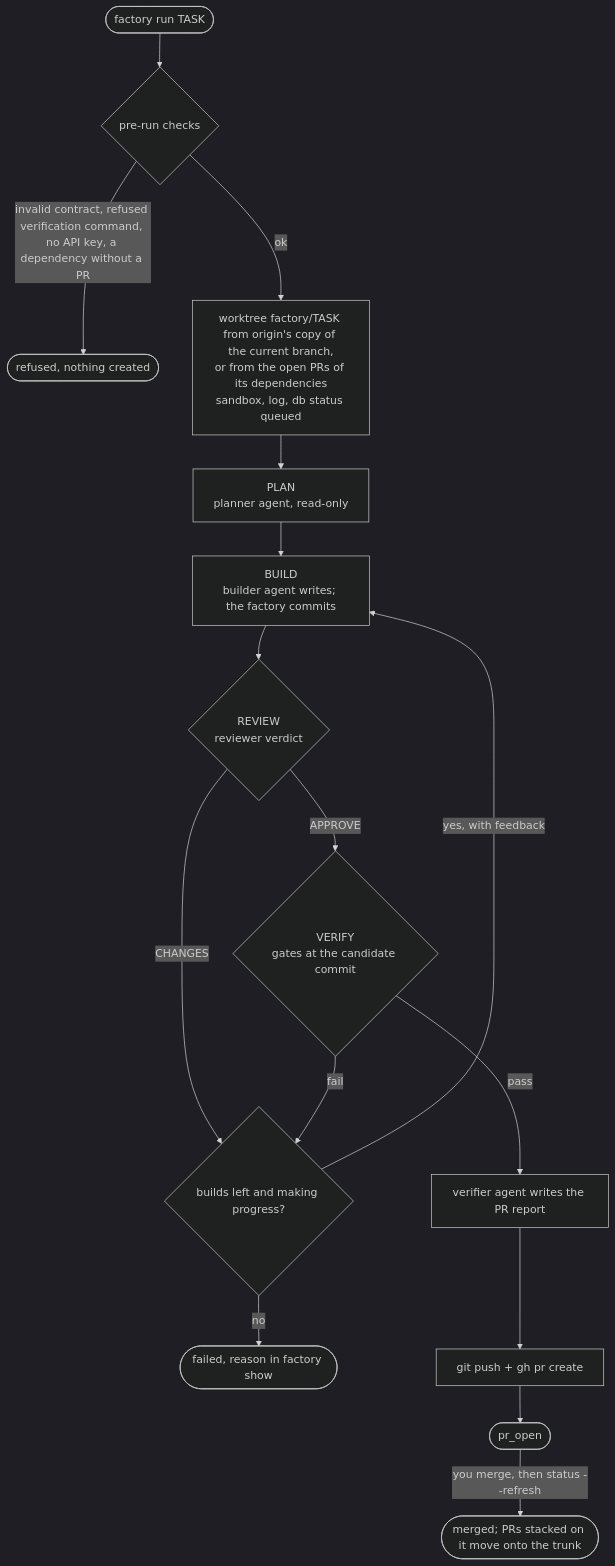
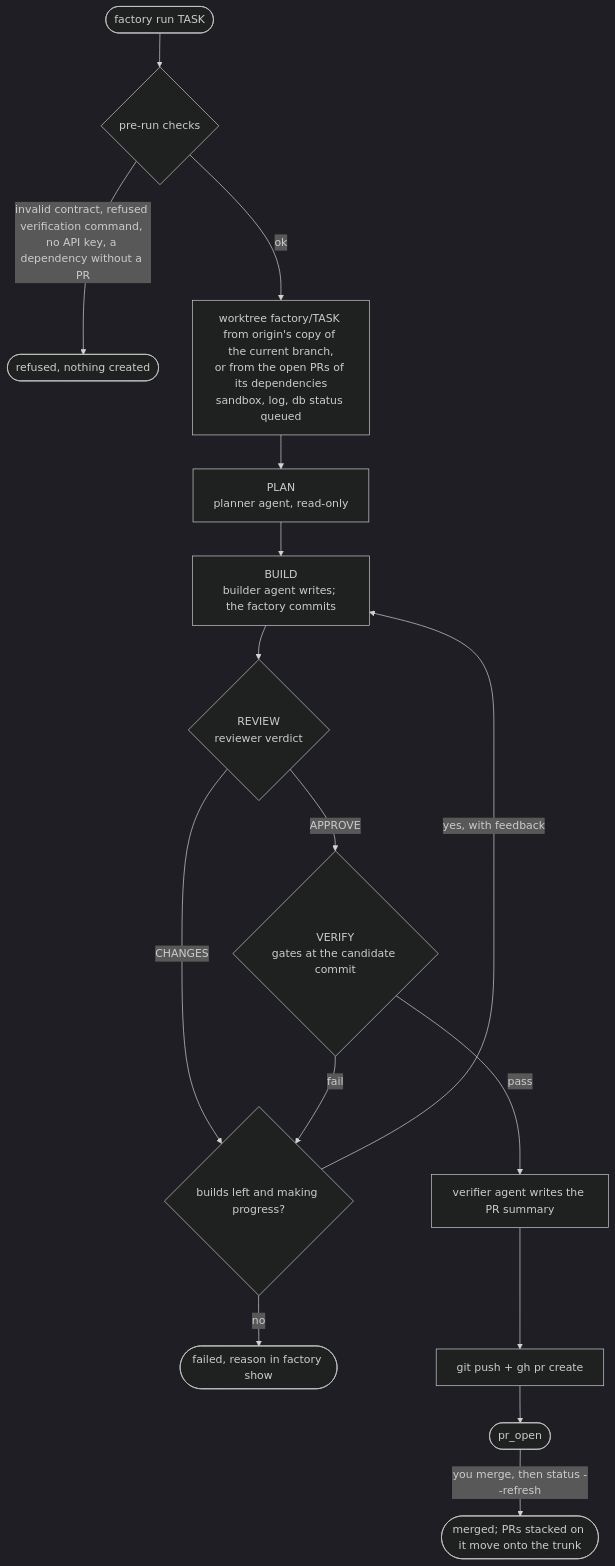
The second of 8 diagrams in docs/architecture.md (PaddyMc/software-factory), drawn with Mermaid (dark theme) before and after one commit. The commit also changed other lines of this file and 5 other files, not shown here.

Commit message:
factory(pr-descriptions-t05): docs/architecture.md, docs/reference.md, NEXT.md and the shi (attempt 1)

````diff
--- a/docs/architecture.md
+++ b/docs/architecture.md
@@ -96,18 +96,18 @@
 ```mermaid
 flowchart TD
   start(["factory run TASK"]) --> pre{"pre-run checks"}
   pre -->|"invalid contract, refused verification command, no API key, a dependency without a PR"| refused(["refused, nothing created"])
   pre -->|"ok"| setup["worktree factory/TASK from origin's copy of the current branch,<br/>or from the open PRs of its dependencies<br/>sandbox, log, db status queued"]
   setup --> plan["PLAN<br/>planner agent, read-only"]
   plan --> build["BUILD<br/>builder agent writes; the factory commits"]
   build --> review{"REVIEW<br/>reviewer verdict"}
   review -->|"CHANGES"| retry{"builds left and making progress?"}
   review -->|"APPROVE"| verify{"VERIFY<br/>gates at the candidate commit"}
   verify -->|"fail"| retry
   retry -->|"yes, with feedback"| build
   retry -->|"no"| failed(["failed, reason in factory show"])
-  verify -->|"pass"| report["verifier agent writes the PR report"]
+  verify -->|"pass"| report["verifier agent writes the PR summary"]
   report --> pr["git push + gh pr create"]
   pr --> open(["pr_open"])
   open -->|"you merge, then status --refresh"| merged(["merged; PRs stacked on it move onto the trunk"])
 ```
````
